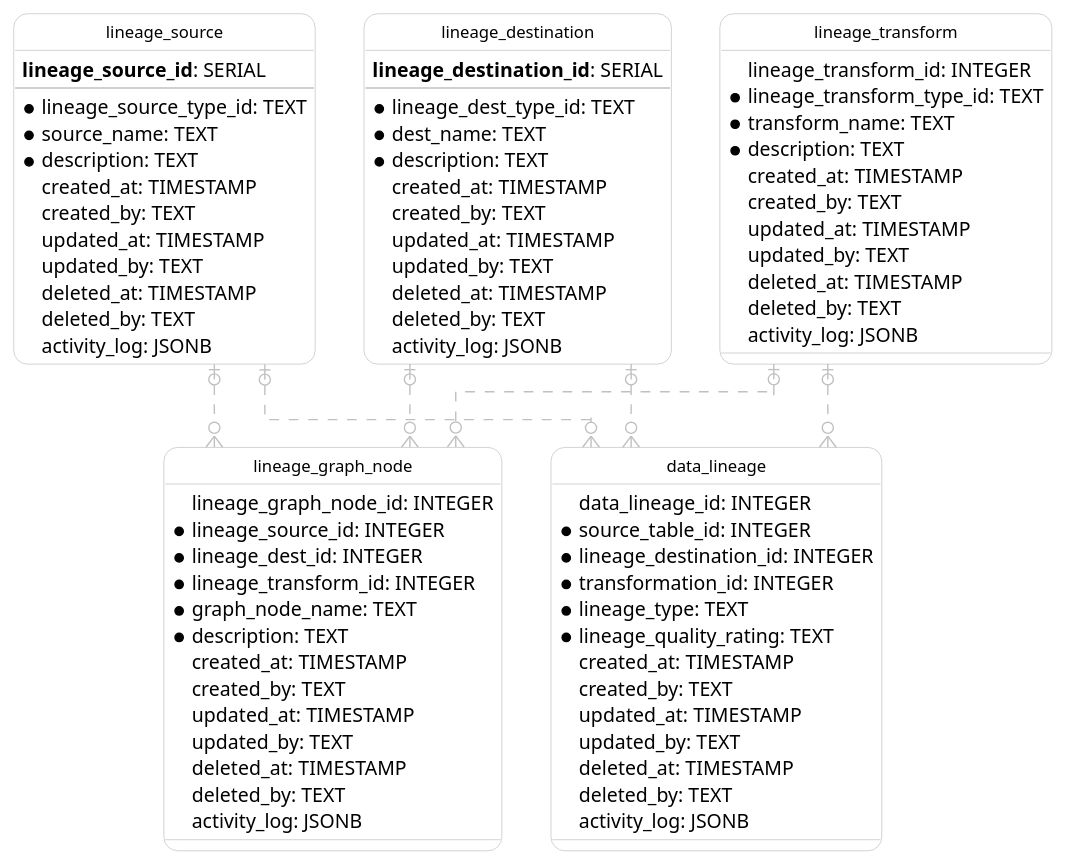
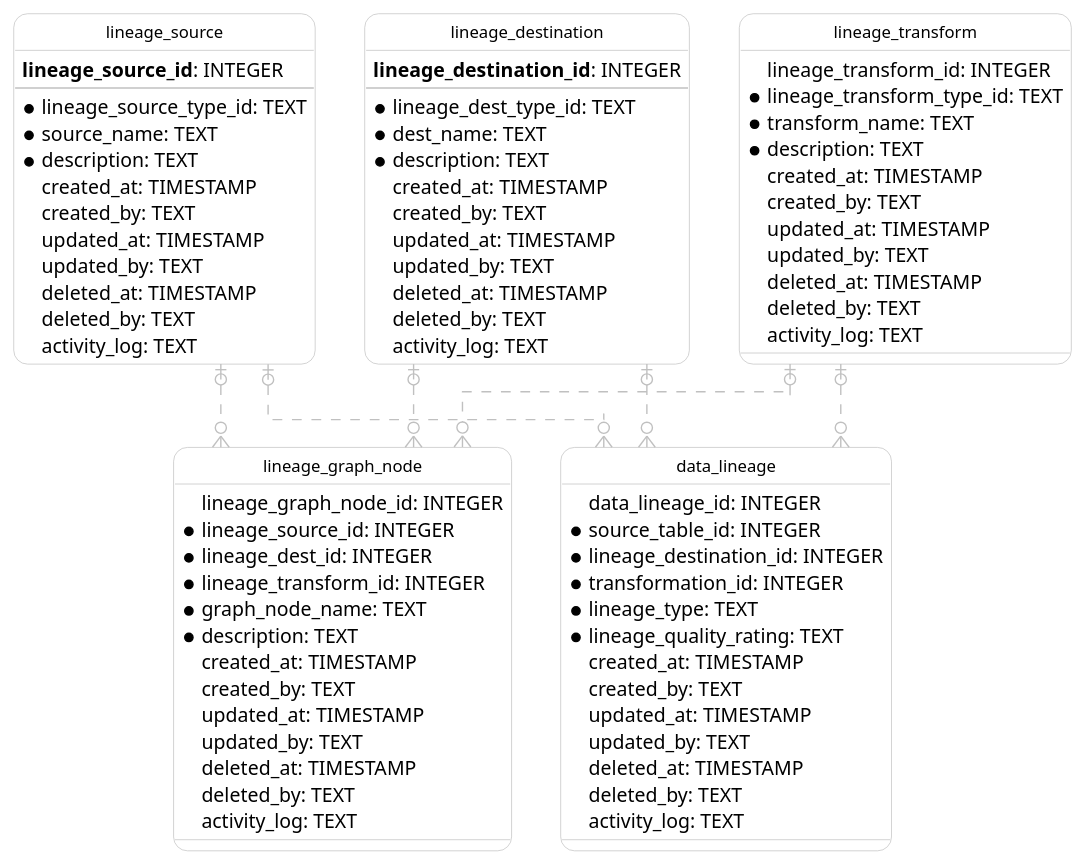
One commit to netspective-labs/sql-aide changed the diagram in pattern/quality-system/models_test.fixture.puml. Above: the diagram before and after it, drawn with PlantUML. The commit also changed 4 other files, not shown here.

```diff
--- a/pattern/quality-system/models_test.fixture.puml
+++ b/pattern/quality-system/models_test.fixture.puml
@@ -1,95 +1,95 @@
 @startuml IE
   hide circle
   skinparam linetype ortho
   skinparam roundcorner 20
   skinparam class {
     BackgroundColor White
     ArrowColor Silver
     BorderColor Silver
     FontColor Black
     FontSize 12
   }
 
   entity "lineage_source" as lineage_source {
-      **lineage_source_id**: SERIAL
+      **lineage_source_id**: INTEGER
     --
     * lineage_source_type_id: TEXT
     * source_name: TEXT
     * description: TEXT
       created_at: TIMESTAMP
       created_by: TEXT
       updated_at: TIMESTAMP
       updated_by: TEXT
       deleted_at: TIMESTAMP
       deleted_by: TEXT
-      activity_log: JSONB
+      activity_log: TEXT
   }
 
   entity "lineage_destination" as lineage_destination {
-      **lineage_destination_id**: SERIAL
+      **lineage_destination_id**: INTEGER
     --
     * lineage_dest_type_id: TEXT
     * dest_name: TEXT
     * description: TEXT
       created_at: TIMESTAMP
       created_by: TEXT
       updated_at: TIMESTAMP
       updated_by: TEXT
       deleted_at: TIMESTAMP
       deleted_by: TEXT
-      activity_log: JSONB
+      activity_log: TEXT
   }
 
   entity "lineage_transform" as lineage_transform {
       lineage_transform_id: INTEGER
     * lineage_transform_type_id: TEXT
     * transform_name: TEXT
     * description: TEXT
       created_at: TIMESTAMP
       created_by: TEXT
       updated_at: TIMESTAMP
       updated_by: TEXT
       deleted_at: TIMESTAMP
       deleted_by: TEXT
-      activity_log: JSONB
+      activity_log: TEXT
   }
 
   entity "lineage_graph_node" as lineage_graph_node {
       lineage_graph_node_id: INTEGER
     * lineage_source_id: INTEGER
     * lineage_dest_id: INTEGER
     * lineage_transform_id: INTEGER
     * graph_node_name: TEXT
     * description: TEXT
       created_at: TIMESTAMP
       created_by: TEXT
       updated_at: TIMESTAMP
       updated_by: TEXT
       deleted_at: TIMESTAMP
       deleted_by: TEXT
-      activity_log: JSONB
+      activity_log: TEXT
   }
 
   entity "data_lineage" as data_lineage {
       data_lineage_id: INTEGER
     * source_table_id: INTEGER
     * lineage_destination_id: INTEGER
     * transformation_id: INTEGER
     * lineage_type: TEXT
     * lineage_quality_rating: TEXT
       created_at: TIMESTAMP
       created_by: TEXT
       updated_at: TIMESTAMP
       updated_by: TEXT
       deleted_at: TIMESTAMP
       deleted_by: TEXT
-      activity_log: JSONB
+      activity_log: TEXT
   }
 
   lineage_source |o..o{ lineage_graph_node
   lineage_destination |o..o{ lineage_graph_node
   lineage_transform |o..o{ lineage_graph_node
   lineage_source |o..o{ data_lineage
   lineage_destination |o..o{ data_lineage
   lineage_transform |o..o{ data_lineage
 @enduml
```
